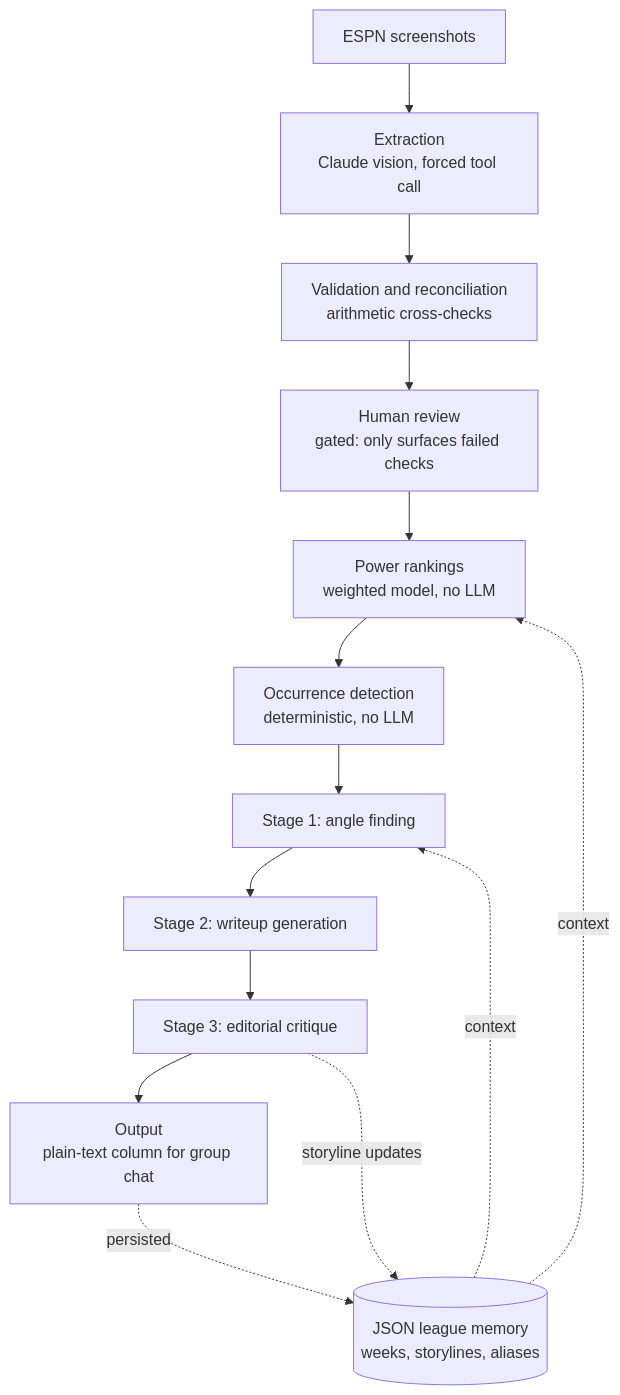
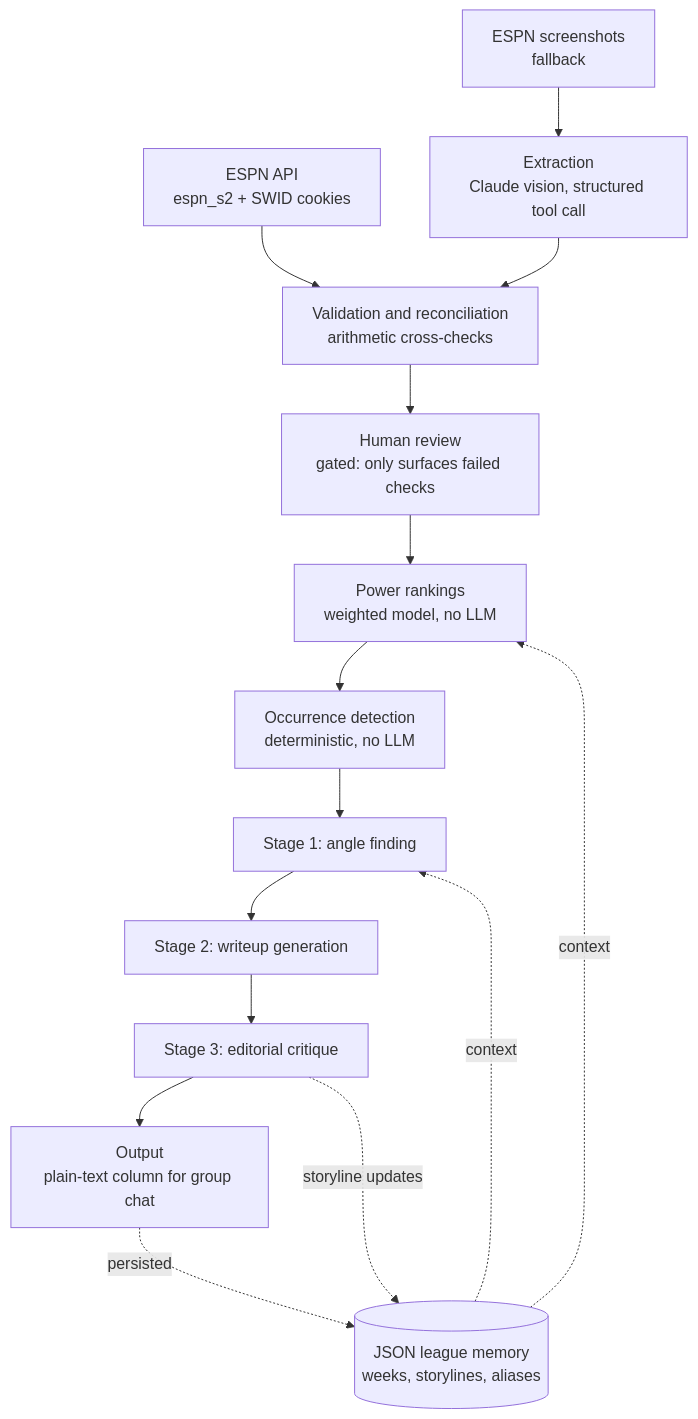
The diagram in README.md (nben24/fantasy-football-power-rankings), drawn with Mermaid before and after one commit. The commit also changed other lines of this file and 23 other files, not shown here.

First line of the commit message:
Pull league data from ESPN's API; add lineup-level facts

````diff
--- a/README.md
+++ b/README.md
@@ -16,18 +16,19 @@
 ```mermaid
 flowchart TB
-    S[ESPN screenshots] --> E[Extraction<br/>Claude vision, forced tool call]
+    API[ESPN API<br/>espn_s2 + SWID cookies] --> V
+    S[ESPN screenshots<br/>fallback] --> E[Extraction<br/>Claude vision, structured tool call]
     E --> V[Validation and reconciliation<br/>arithmetic cross-checks]
     V --> R[Human review<br/>gated: only surfaces failed checks]
     R --> P[Power rankings<br/>weighted model, no LLM]
     P --> O[Occurrence detection<br/>deterministic, no LLM]
     O --> A[Stage 1: angle finding]
     A --> W[Stage 2: writeup generation]
     W --> C[Stage 3: editorial critique]
     C --> X[Output<br/>plain-text column for group chat]
 
     M[(JSON league memory<br/>weeks, storylines, aliases)]
     M -.context.-> P
     M -.context.-> A
     C -.storyline updates.-> M
     X -.persisted.-> M
 ```
````
